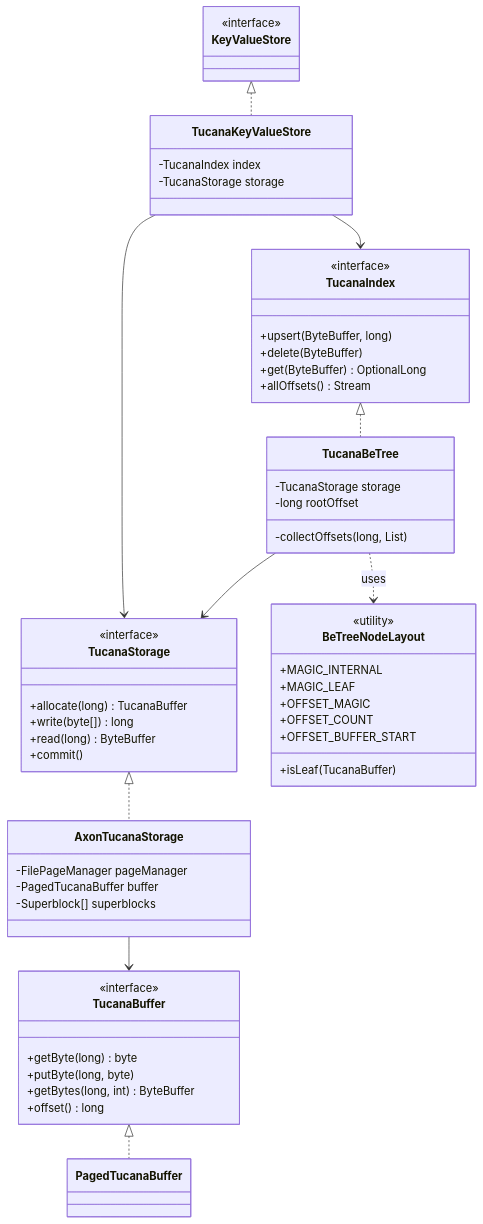
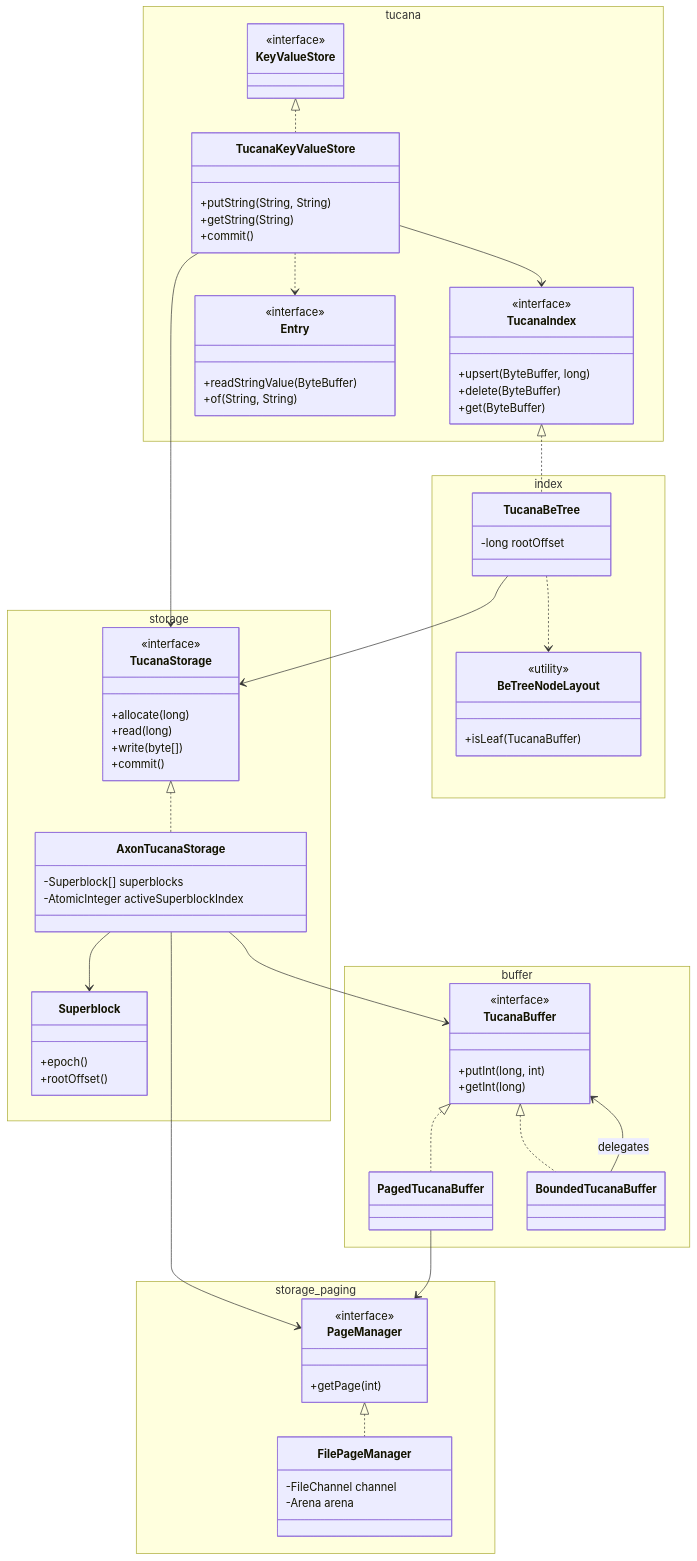
The first of 3 diagrams in vulcanodb-core/src/main/java/es/nachobrito/vulcanodb/core/store/axon/kvstore/tucana/README.md (NachoBrito/vulcano), drawn with Mermaid before and after one commit. The commit also changed other lines of this file and 18 other files, not shown here.

````diff
--- a/vulcanodb-core/src/main/java/es/nachobrito/vulcanodb/core/store/axon/kvstore/tucana/README.md
+++ b/vulcanodb-core/src/main/java/es/nachobrito/vulcanodb/core/store/axon/kvstore/tucana/README.md
@@ -14,61 +24,94 @@
 ```mermaid
 classDiagram
-    class KeyValueStore {
-        <<interface>>
-    }
-    class TucanaIndex {
-        <<interface>>
-        +upsert(ByteBuffer, long)
-        +delete(ByteBuffer)
-        +get(ByteBuffer) OptionalLong
-        +allOffsets() Stream
-    }
-    class TucanaStorage {
-        <<interface>>
-        +allocate(long) TucanaBuffer
-        +write(byte[]) long
-        +read(long) ByteBuffer
-        +commit()
-    }
-    class TucanaBuffer {
-        <<interface>>
-        +getByte(long) byte
-        +putByte(long, byte)
-        +getBytes(long, int) ByteBuffer
-        +offset() long
+    namespace tucana {
+        class KeyValueStore {
+            <<interface>>
+        }
+        class TucanaKeyValueStore {
+            +putString(String, String)
+            +getString(String)
+            +commit()
+        }
+        class TucanaIndex {
+            <<interface>>
+            +upsert(ByteBuffer, long)
+            +delete(ByteBuffer)
+            +get(ByteBuffer)
+        }
+        class Entry {
+            <<interface>>
+            +readStringValue(ByteBuffer)
+            +of(String, String)
+        }
     }
 
-    class TucanaKeyValueStore {
-        -TucanaIndex index
-        -TucanaStorage storage
+    namespace storage {
+        class TucanaStorage {
+            <<interface>>
+            +allocate(long)
+            +read(long)
+            +write(byte[])
+            +commit()
+        }
+        class AxonTucanaStorage {
+            -Superblock[] superblocks
+            -AtomicInteger activeSuperblockIndex
+        }
+        class Superblock {
+            +epoch()
+            +rootOffset()
+        }
     }
-    class TucanaBeTree {
-        -TucanaStorage storage
-        -long rootOffset
-        -collectOffsets(long, List)
+
+    namespace storage_paging {
+        class PageManager {
+            <<interface>>
+            +getPage(int)
+        }
+        class FilePageManager {
+            -FileChannel channel
+            -Arena arena
+        }
     }
-    class AxonTucanaStorage {
-        -FilePageManager pageManager
-        -PagedTucanaBuffer buffer
-        -Superblock[] superblocks
+
+    namespace buffer {
+        class TucanaBuffer {
+            <<interface>>
+            +putInt(long, int)
+            +getInt(long)
+        }
+        class PagedTucanaBuffer
+        class BoundedTucanaBuffer
     }
-    class BeTreeNodeLayout {
-        <<utility>>
-        +MAGIC_INTERNAL
-        +MAGIC_LEAF
-        +OFFSET_MAGIC
-        +OFFSET_COUNT
-        +OFFSET_BUFFER_START
-        +isLeaf(TucanaBuffer)
+
+    namespace index {
+        class TucanaBeTree {
+            -long rootOffset
+        }
+        class BeTreeNodeLayout {
+            <<utility>>
+            +isLeaf(TucanaBuffer)
+        }
     }
 
     KeyValueStore <|.. TucanaKeyValueStore
-    TucanaIndex <|.. TucanaBeTree
-    TucanaStorage <|.. AxonTucanaStorage
     TucanaKeyValueStore --> TucanaIndex
     TucanaKeyValueStore --> TucanaStorage
+    TucanaKeyValueStore ..> Entry
+
+    TucanaStorage <|.. AxonTucanaStorage
+    AxonTucanaStorage --> Superblock
+    AxonTucanaStorage --> PageManager
+    AxonTucanaStorage --> TucanaBuffer
+
+    PageManager <|.. FilePageManager
+
+    TucanaIndex <|.. TucanaBeTree
     TucanaBeTree --> TucanaStorage
-    TucanaBeTree ..> BeTreeNodeLayout : uses
-    AxonTucanaStorage --> TucanaBuffer
+    TucanaBeTree ..> BeTreeNodeLayout
+
     TucanaBuffer <|.. PagedTucanaBuffer
+    TucanaBuffer <|.. BoundedTucanaBuffer
+    PagedTucanaBuffer --> PageManager
+    BoundedTucanaBuffer --> TucanaBuffer : delegates
 ```
````
